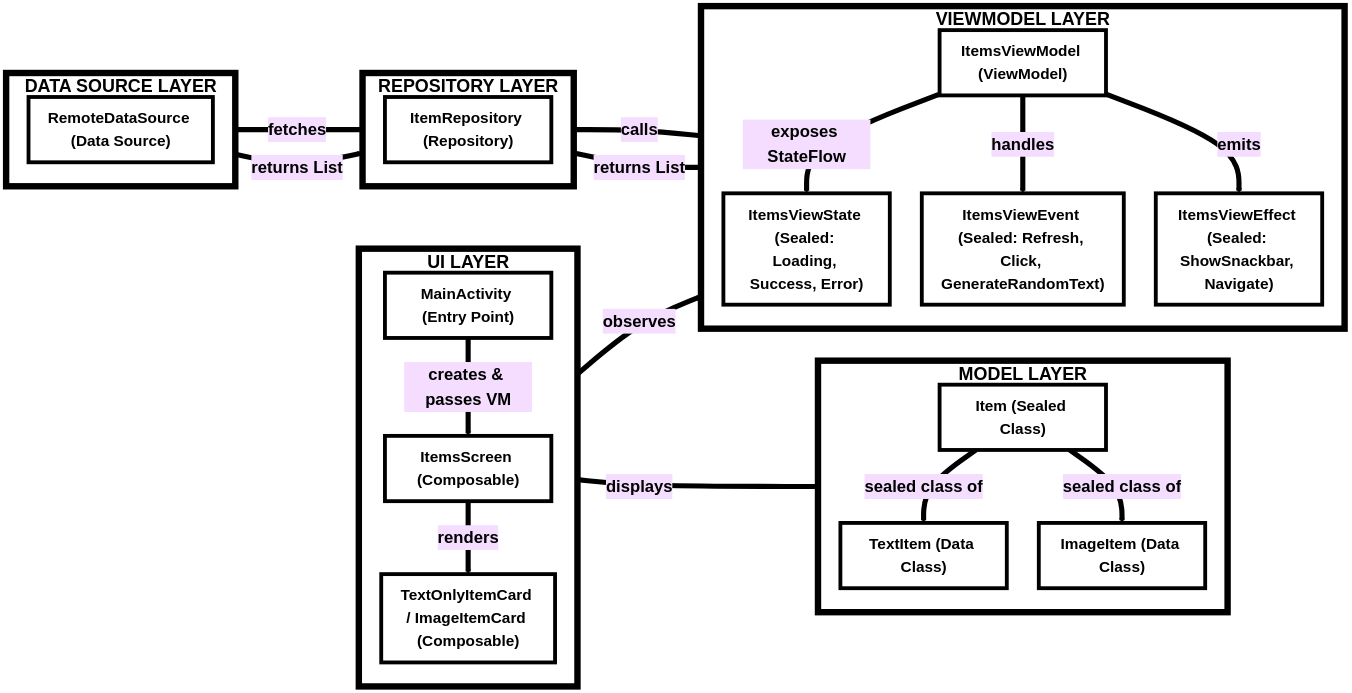
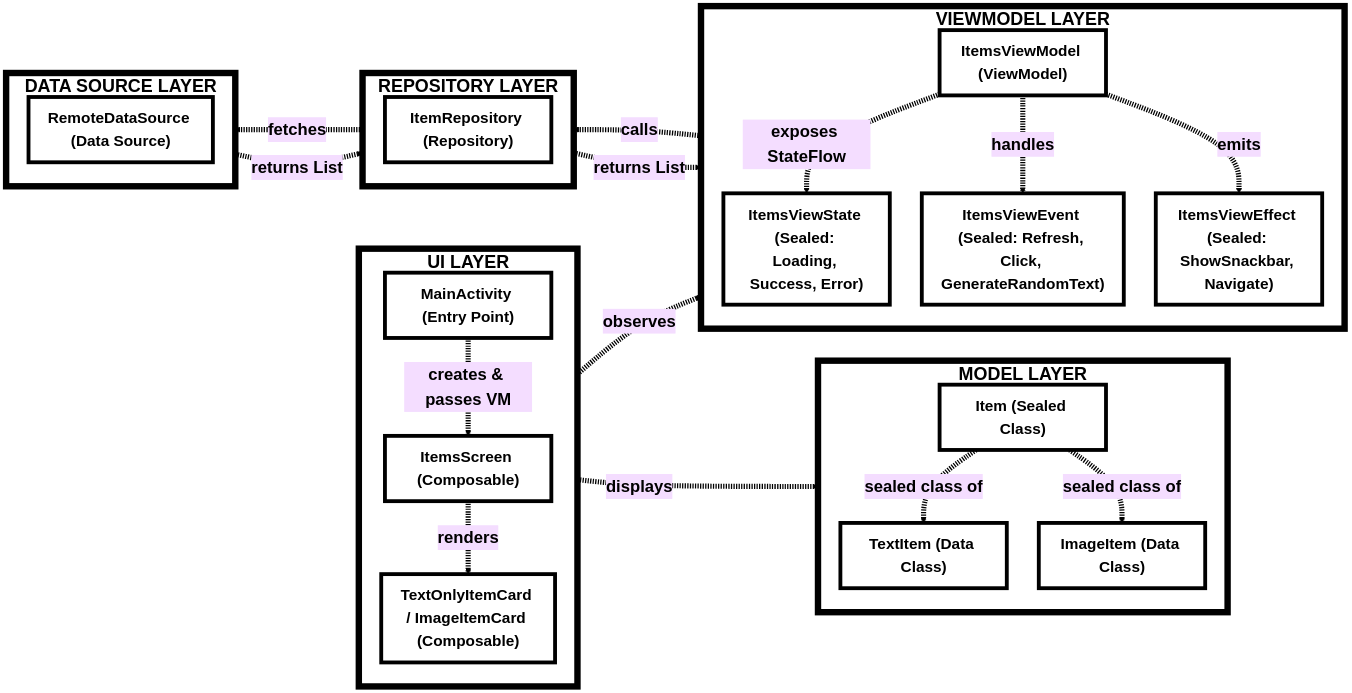
One commit to free5ty1e/android-coding-reference changed the diagram in diagrams/architectural/mvvmWithComposeAndUsf.mmd. Above: the diagram before and after it, drawn with Mermaid (base theme).

Commit message:
Updated diagram

```diff
--- a/diagrams/architectural/mvvmWithComposeAndUsf.mmd
+++ b/diagrams/architectural/mvvmWithComposeAndUsf.mmd
@@ -1,62 +1,62 @@
 flowchart LR
     %% UI LAYER
     subgraph UI["UI LAYER"]
         direction TB
         MainActivity["MainActivity (Entry Point)"]
         ItemsScreen["ItemsScreen (Composable)"]
         ItemCard["TextOnlyItemCard / ImageItemCard (Composable)"]
     end
     
     %% VIEWMODEL LAYER  
     subgraph VM["VIEWMODEL LAYER"]
         direction TB
         ItemsViewModel["ItemsViewModel (ViewModel)"]
         ViewState["ItemsViewState (Sealed: Loading, Success, Error)"]
         ViewEvent["ItemsViewEvent (Sealed: Refresh, Click, GenerateRandomText)"]
         ViewEffect["ItemsViewEffect (Sealed: ShowSnackbar, Navigate)"]
     end
     
     %% REPOSITORY LAYER
     subgraph REPO["REPOSITORY LAYER"]
         direction TB
         ItemRepository["ItemRepository (Repository)"]
     end
     
     %% DATA SOURCE LAYER
     subgraph DS["DATA SOURCE LAYER"]
         direction TB
         RemoteDataSource["RemoteDataSource (Data Source)"]
     end
     
     %% MODEL LAYER
     subgraph MODEL["MODEL LAYER"]
         direction TB
         Item["Item (Sealed Class)"]
         TextItem["TextItem (Data Class)"]
         ImageItem["ImageItem (Data Class)"]
     end
     
-    %% CONNECTIONS
-    MainActivity -->|"creates & passes VM"| ItemsScreen
-    ItemsScreen -->|"observes"| ItemsViewModel
-    ItemsScreen -->|"renders"| ItemCard
-    ItemCard -->|"displays"| Item
-    ItemsViewModel -->|"exposes StateFlow"| ViewState
-    ItemsViewModel -->|"handles"| ViewEvent  
-    ItemsViewModel -->|"emits"| ViewEffect
-    ItemsViewModel -->|"calls"| ItemRepository
-    ItemRepository -->|"fetches"| RemoteDataSource
-    RemoteDataSource -->|"returns List<Item>"| ItemRepository
-    ItemRepository -->|"returns List<Item>"| ItemsViewModel
-    Item -->|"sealed class of"| TextItem
-    Item -->|"sealed class of"| ImageItem
+    %% CONNECTIONS - USING DIFFERENT ARROW STYLES FOR BETTER VISIBILITY
+    MainActivity -.->|"creates & passes VM"| ItemsScreen
+    ItemsScreen -.->|"observes"| ItemsViewModel
+    ItemsScreen -.->|"renders"| ItemCard
+    ItemCard -.->|"displays"| Item
+    ItemsViewModel -.->|"exposes StateFlow"| ViewState
+    ItemsViewModel -.->|"handles"| ViewEvent  
+    ItemsViewModel -.->|"emits"| ViewEffect
+    ItemsViewModel -.->|"calls"| ItemRepository
+    ItemRepository -.->|"fetches"| RemoteDataSource
+    RemoteDataSource -.->|"returns List<Item>"| ItemRepository
+    ItemRepository -.->|"returns List<Item>"| ItemsViewModel
+    Item -.->|"sealed class of"| TextItem
+    Item -.->|"sealed class of"| ImageItem
     
     %% STYLING - LARGER TEXT FOR BETTER UTILIZATION
     classDef nodeStyle fill:#ffffff,stroke:#000000,stroke-width:6px,color:#000000,font-size:24px,font-weight:bold
     classDef groupStyle fill:#ffffff,stroke:#000000,stroke-width:10px,color:#000000,font-size:28px,font-weight:bold
     
     class MainActivity,ItemsScreen,ItemCard,ItemsViewModel,ViewState,ViewEvent,ViewEffect,ItemRepository,RemoteDataSource,Item,TextItem,ImageItem nodeStyle
     class UI,VM,REPO,DS,MODEL groupStyle
     
     %% THICK ARROW LINES AND LARGE ARROW TEXT
     linkStyle default stroke:#000000,stroke-width:8px,color:#000000,font-size:26px,font-weight:bold
```
